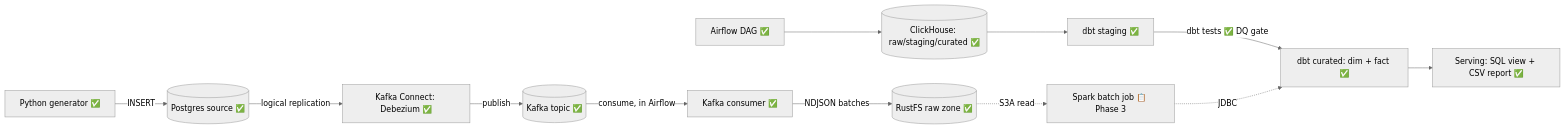
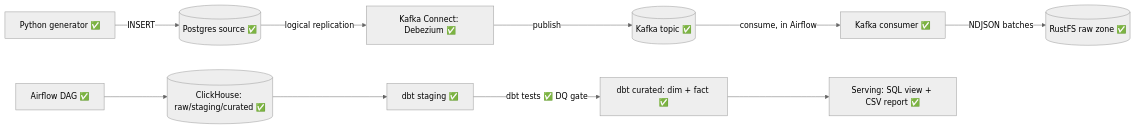
Before and after one commit to nicat-m/gaming-data-pipeline-e2e: the diagram in README.md, drawn with Mermaid (neutral theme). The commit also changed other lines of this file and 19 other files, not shown here.

````diff
--- a/README.md
+++ b/README.md
@@ -14,14 +14,12 @@
 ```mermaid
 flowchart LR
     GEN[Python generator ✅] -->|INSERT| PGSRC[(Postgres source ✅)]
     PGSRC -->|logical replication| CONNECT[Kafka Connect: Debezium ✅]
     CONNECT -->|publish| KAFKA[(Kafka topic ✅)]
     KAFKA -->|consume, in Airflow| CONSUMER[Kafka consumer ✅]
     CONSUMER -->|NDJSON batches| RUSTFS[(RustFS raw zone ✅)]
     AF[Airflow DAG ✅] --> CH[(ClickHouse: raw/staging/curated ✅)]
     CH --> STG[dbt staging ✅]
     STG -->|dbt tests ✅ DQ gate| CUR[dbt curated: dim + fact ✅]
-    RUSTFS -.->|S3A read| SPARK[Spark batch job 📋 Phase 3]
-    SPARK -.->|JDBC| CUR
     CUR --> VIEWS[Serving: SQL view + CSV report ✅]
 ```
````
